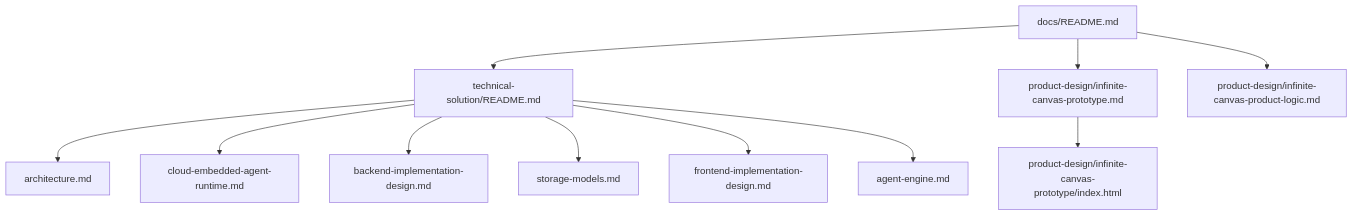
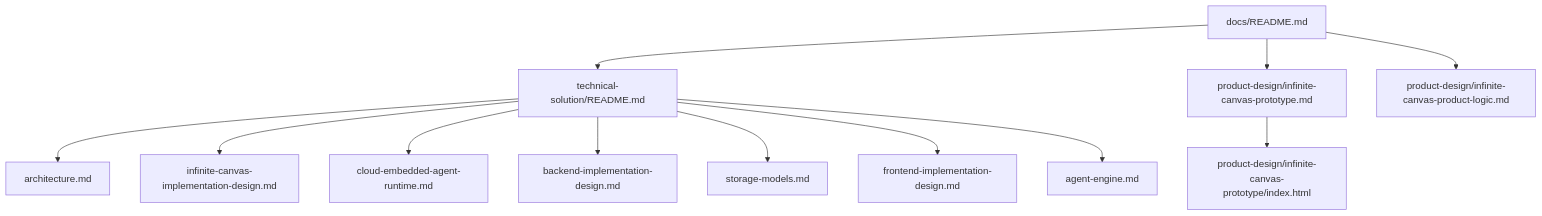
Before and after one commit to fengwk/kk-studio: the diagram in docs/README.md, drawn with Mermaid. The commit also changed other lines of this file and 4 other files, not shown here.

Commit message:
docs: define infinite canvas architecture

````diff
--- a/docs/README.md
+++ b/docs/README.md
@@ -7,14 +7,15 @@
 ```mermaid
 flowchart TD
     A[docs/README.md]
     A --> B[technical-solution/README.md]
     A --> I[product-design/infinite-canvas-prototype.md]
     A --> K[product-design/infinite-canvas-product-logic.md]
     I --> J[product-design/infinite-canvas-prototype/index.html]
     B --> C[architecture.md]
+    B --> L[infinite-canvas-implementation-design.md]
     B --> D[cloud-embedded-agent-runtime.md]
     B --> E[backend-implementation-design.md]
     B --> F[storage-models.md]
     B --> G[frontend-implementation-design.md]
     B --> H[agent-engine.md]
 ```
````
